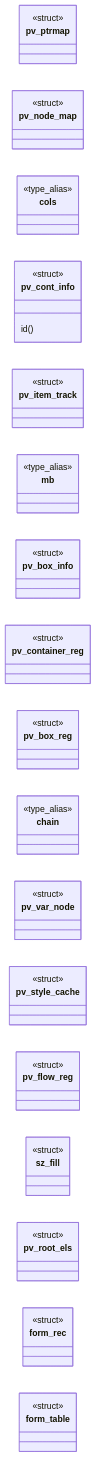
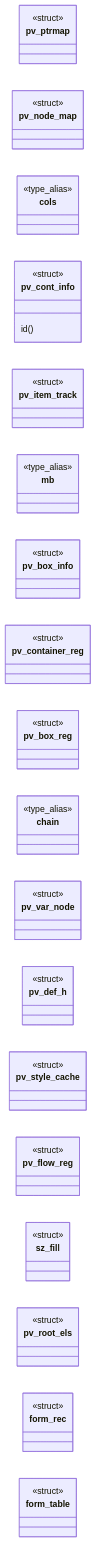
The first of 2 diagrams in readmenator-apidocs/modules/src.page_view.c.md (grisuno/FreeDom), drawn with Mermaid before and after one commit. The commit also changed other lines of this file and 169 other files, not shown here.

````diff
--- a/readmenator-apidocs/modules/src.page_view.c.md
+++ b/readmenator-apidocs/modules/src.page_view.c.md
@@ -14,41 +14,43 @@
 ```mermaid
 classDiagram
     direction LR
     class pv_ptrmap
     <<struct>> pv_ptrmap
     class pv_node_map
     <<struct>> pv_node_map
     class cols
     <<type_alias>> cols
     class pv_cont_info
     <<struct>> pv_cont_info
     pv_cont_info : id()
     class pv_item_track
     <<struct>> pv_item_track
     class mb
     <<type_alias>> mb
     class pv_box_info
     <<struct>> pv_box_info
     class pv_container_reg
     <<struct>> pv_container_reg
     class pv_box_reg
     <<struct>> pv_box_reg
     class chain
     <<type_alias>> chain
     class pv_var_node
     <<struct>> pv_var_node
+    class pv_def_h
+    <<struct>> pv_def_h
     class pv_style_cache
     <<struct>> pv_style_cache
     class pv_flow_reg
     <<struct>> pv_flow_reg
     class sz_fill
     <<struct>> sz_fill
     class pv_root_els
     <<struct>> pv_root_els
     class form_rec
     <<struct>> form_rec
     class form_table
     <<struct>> form_table
     class pv_flow_reg
     <<struct>> pv_flow_reg
 ```
````
